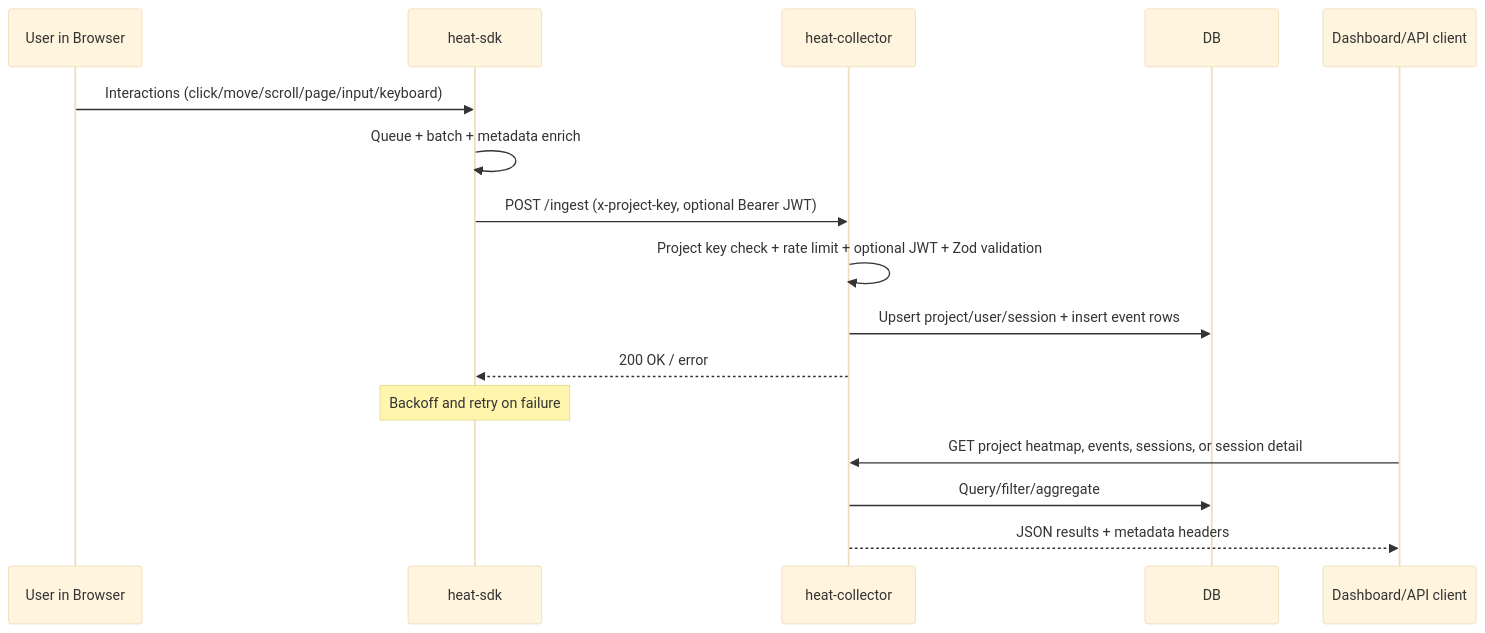
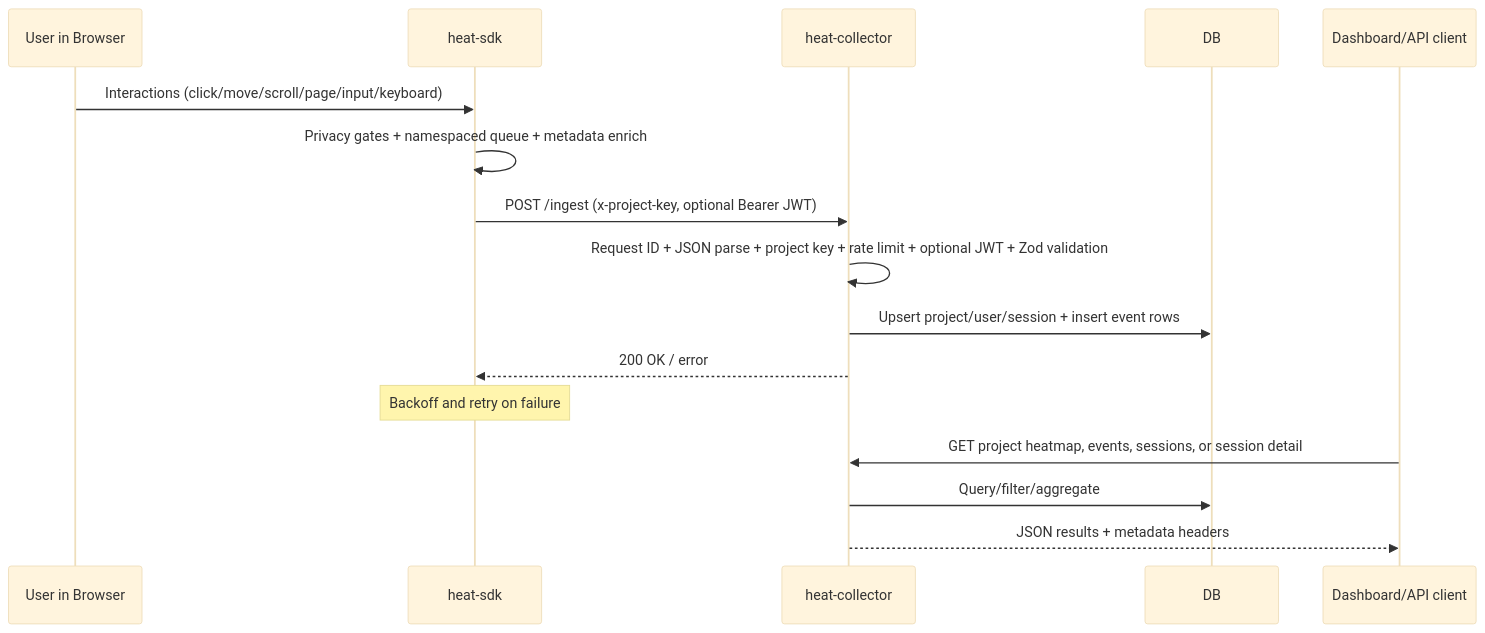
The second of 2 diagrams in ARCHITECTURE.md (m-software-engineering/heat-tracker), drawn with Mermaid (base theme) before and after one commit. The commit also changed other lines of this file and 5 other files, not shown here.

Commit message:
Update architecture and agent docs for reliability changes

````diff
--- a/ARCHITECTURE.md
+++ b/ARCHITECTURE.md
@@ -59,20 +59,20 @@
 ```mermaid
 sequenceDiagram
   participant U as User in Browser
   participant S as heat-sdk
   participant C as heat-collector
   participant D as DB
 
   U->>S: Interactions (click/move/scroll/page/input/keyboard)
-  S->>S: Queue + batch + metadata enrich
+  S->>S: Privacy gates + namespaced queue + metadata enrich
   S->>C: POST /ingest (x-project-key, optional Bearer JWT)
-  C->>C: Project key check + rate limit + optional JWT + Zod validation
+  C->>C: Request ID + JSON parse + project key + rate limit + optional JWT + Zod validation
   C->>D: Upsert project/user/session + insert event rows
   C-->>S: 200 OK / error
   Note over S: Backoff and retry on failure
 
   participant Q as Dashboard/API client
   Q->>C: GET project heatmap, events, sessions, or session detail
   C->>D: Query/filter/aggregate
   C-->>Q: JSON results + metadata headers
 ```
````
